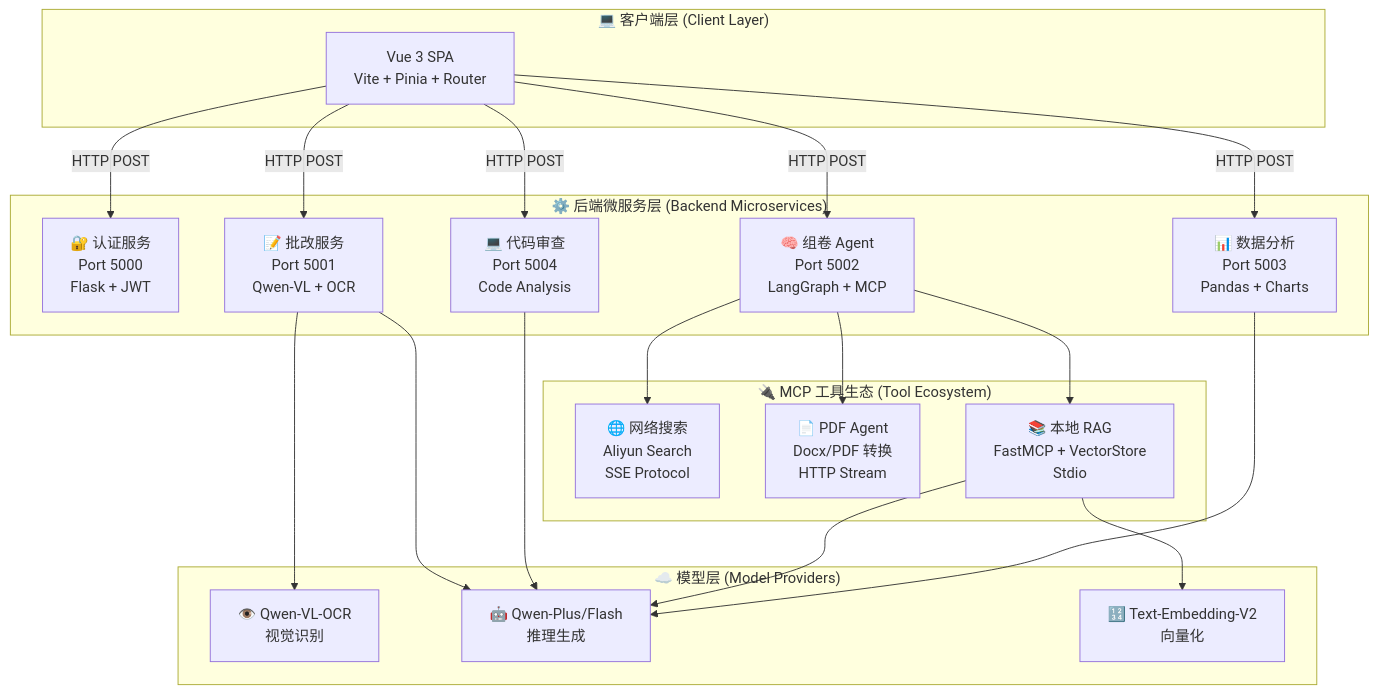
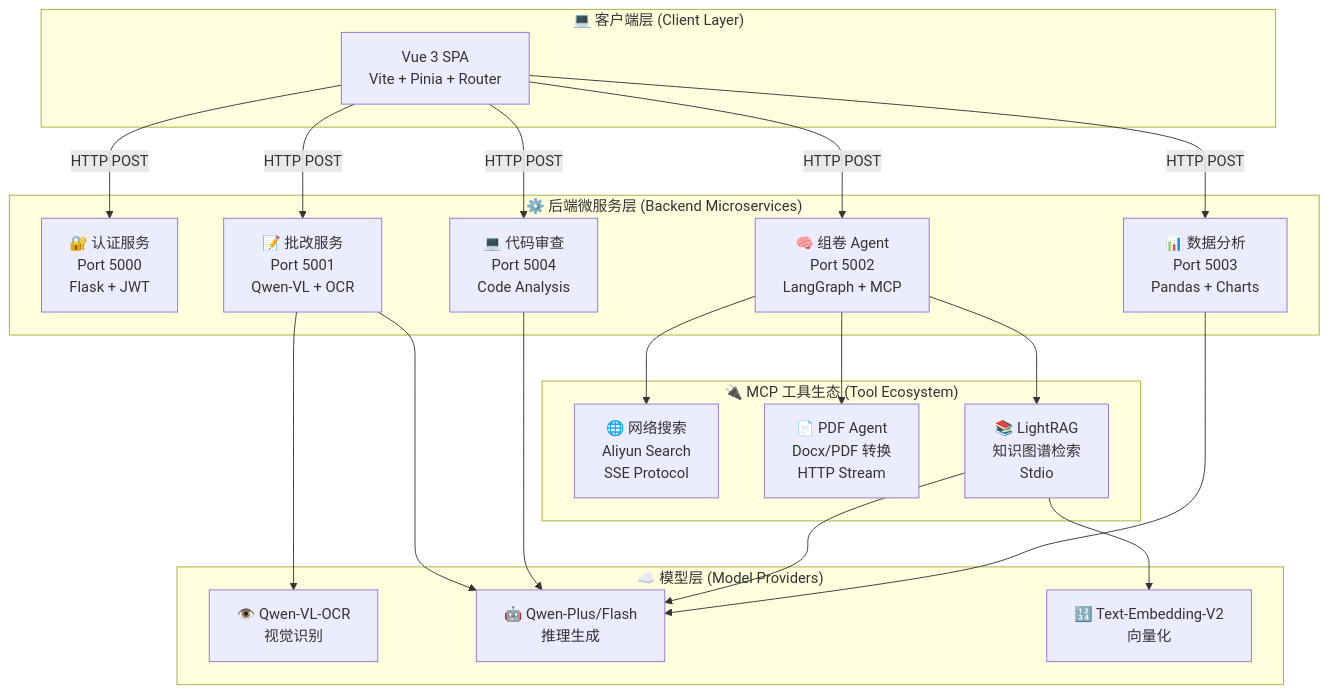
Before and after one commit to abaiar/Teacher_Assistant_AI: the second of 2 diagrams in README.md, drawn with Mermaid. The commit also changed other lines of this file, not shown here.

````diff
--- a/README.md
+++ b/README.md
@@ -286,45 +300,45 @@
 ```mermaid
 graph TD
     subgraph "💻 客户端层 (Client Layer)"
         A[Vue 3 SPA<br/>Vite + Pinia + Router]
     end
 
     subgraph "⚙️ 后端微服务层 (Backend Microservices)"
         B1[🔐 认证服务<br/>Port 5000<br/>Flask + JWT]
         B2[📝 批改服务<br/>Port 5001<br/>Qwen-VL + OCR]
         B3[🧠 组卷 Agent<br/>Port 5002<br/>LangGraph + MCP]
         B4[📊 数据分析<br/>Port 5003<br/>Pandas + Charts]
         B5[💻 代码审查<br/>Port 5004<br/>Code Analysis]
     end
 
     subgraph "🔌 MCP 工具生态 (Tool Ecosystem)"
         C1[🌐 网络搜索<br/>Aliyun Search<br/>SSE Protocol]
         C2[📄 PDF Agent<br/>Docx/PDF 转换<br/>HTTP Stream]
-        C3[📚 本地 RAG<br/>FastMCP + VectorStore<br/>Stdio]
+        C3[📚 LightRAG<br/>知识图谱检索<br/>Stdio]
     end
 
     subgraph "☁️ 模型层 (Model Providers)"
         D1[👁️ Qwen-VL-OCR<br/>视觉识别]
         D2[🤖 Qwen-Plus/Flash<br/>推理生成]
         D3[🔢 Text-Embedding-V2<br/>向量化]
     end
 
     A -->|HTTP POST| B1
     A -->|HTTP POST| B2
     A -->|HTTP POST| B3
     A -->|HTTP POST| B4
     A -->|HTTP POST| B5
 
     B2 --> D1
     B2 --> D2
     B5 --> D2
 
     B3 --> C1
     B3 --> C2
     B3 --> C3
     
     C3 --> D3
     C3 --> D2
 
     B4 --> D2
 ```
````
